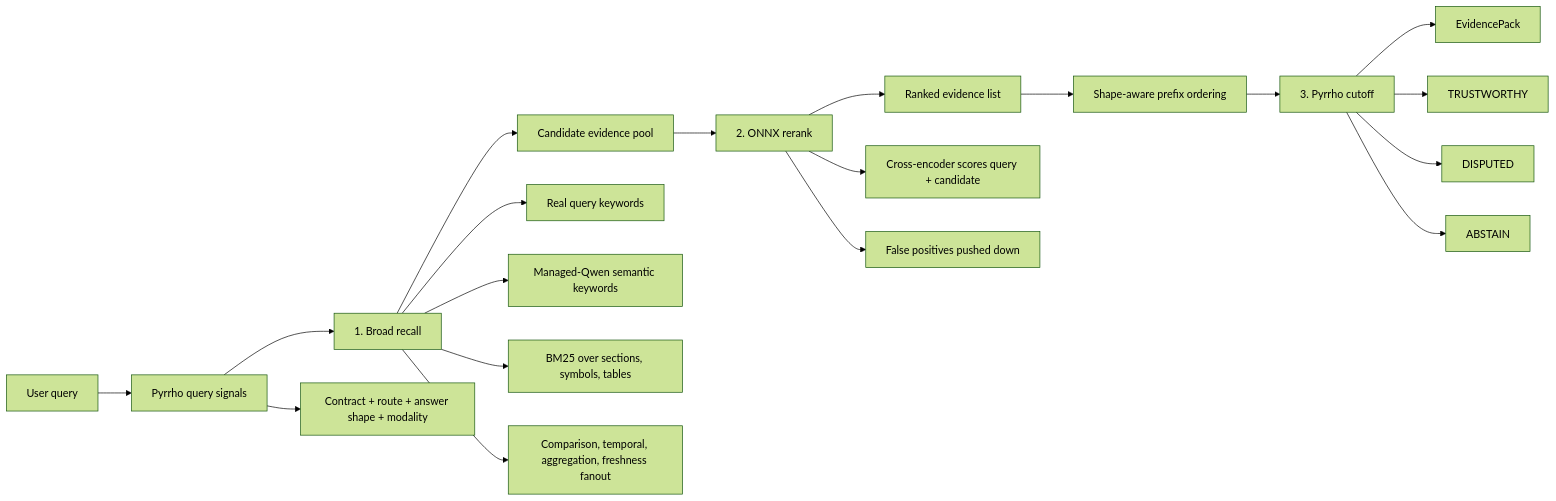
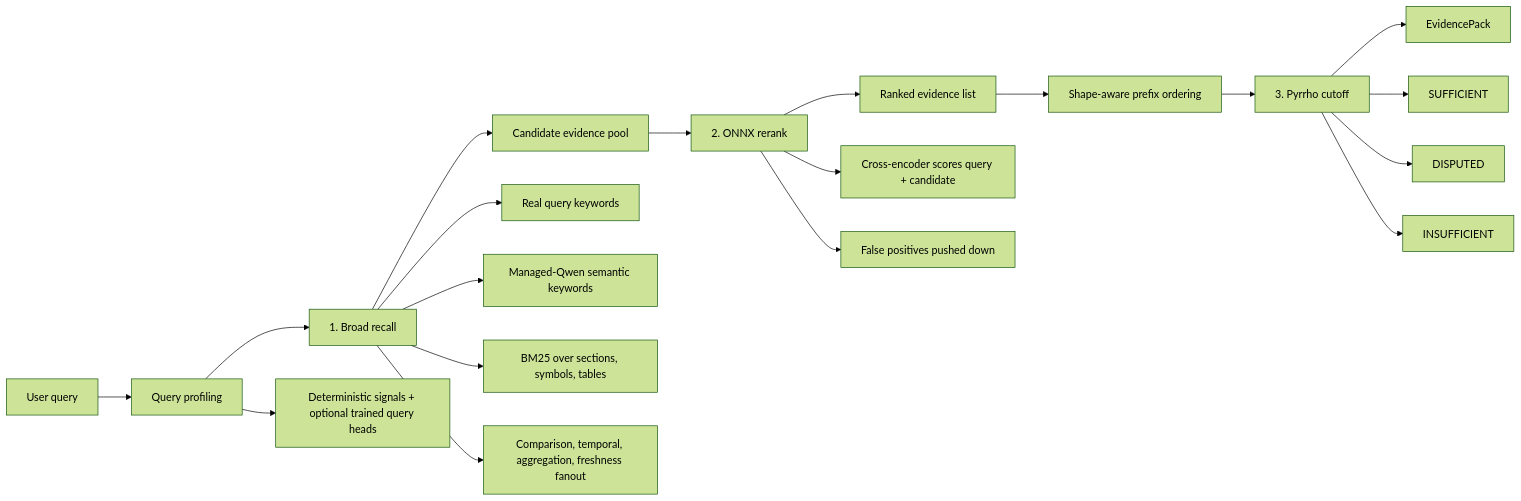
One commit to yafitzdev/fitz changed the first of 3 diagrams in docs/features/retrieval/three-stage-strategy.md. Above: the diagram before and after it, drawn with Mermaid (forest theme). The commit also changed other lines of this file and 23 other files, not shown here.

````diff
--- a/docs/features/retrieval/three-stage-strategy.md
+++ b/docs/features/retrieval/three-stage-strategy.md
@@ -26,25 +24,25 @@
 ```mermaid
 flowchart LR
-    Q["User query"] --> QC["Pyrrho query signals"]
+    Q["User query"] --> QC["Query profiling"]
     QC --> R["1. Broad recall"]
     R --> C["Candidate evidence pool"]
     C --> K["2. ONNX rerank"]
     K --> L["Ranked evidence list"]
     L --> S["Shape-aware prefix ordering"]
     S --> P["3. Pyrrho cutoff"]
     P --> E["EvidencePack"]
 
-    QC --> QC1["Contract + route + answer shape + modality"]
+    QC --> QC1["Deterministic signals + optional trained query heads"]
 
     R --> R1["Real query keywords"]
     R --> R2["Managed-Qwen semantic keywords"]
     R --> R3["BM25 over sections, symbols, tables"]
     R --> R4["Comparison, temporal, aggregation, freshness fanout"]
 
     K --> K1["Cross-encoder scores query + candidate"]
     K --> K2["False positives pushed down"]
 
-    P --> P1["TRUSTWORTHY"]
+    P --> P1["SUFFICIENT"]
     P --> P2["DISPUTED"]
-    P --> P3["ABSTAIN"]
+    P --> P3["INSUFFICIENT"]
 ```
````
